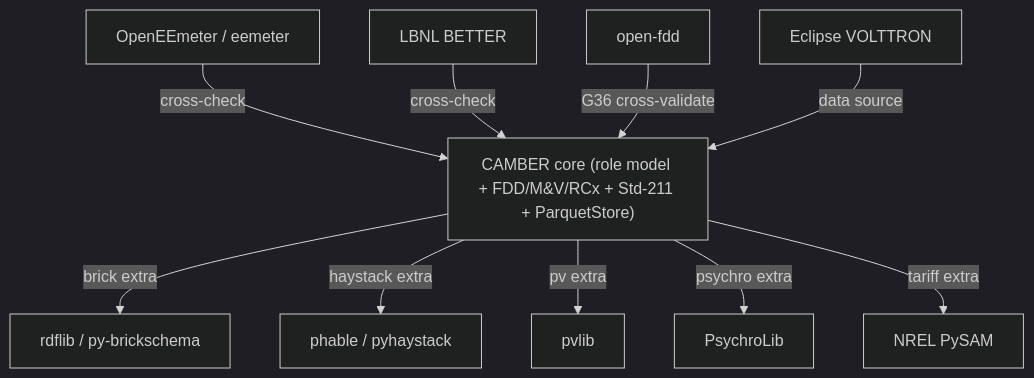
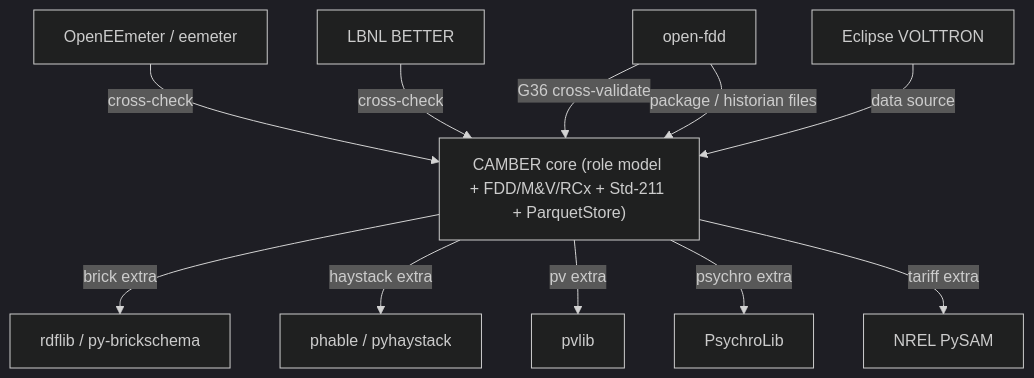
Before and after one commit to yroussev/camber: the diagram in docs/ECOSYSTEM.md, drawn with Mermaid (dark theme). The commit also changed other lines of this file and 18 other files, not shown here.

````diff
--- a/docs/ECOSYSTEM.md
+++ b/docs/ECOSYSTEM.md
@@ -10,13 +10,14 @@
 ```mermaid
 flowchart TD
   core["CAMBER core (role model + FDD/M&V/RCx + Std-211 + ParquetStore)"]
   core -- brick extra --> brick["rdflib / py-brickschema"]
   core -- haystack extra --> hay["phable / pyhaystack"]
   core -- pv extra --> pv["pvlib"]
   core -- psychro extra --> psy["PsychroLib"]
   core -- tariff extra --> pysam["NREL PySAM"]
   ee["OpenEEmeter / eemeter"] -- cross-check --> core
   better["LBNL BETTER"] -- cross-check --> core
   openfdd["open-fdd"] -- G36 cross-validate --> core
+  openfdd -- package / historian files --> core
   volttron["Eclipse VOLTTRON"] -- data source --> core
 ```
````
